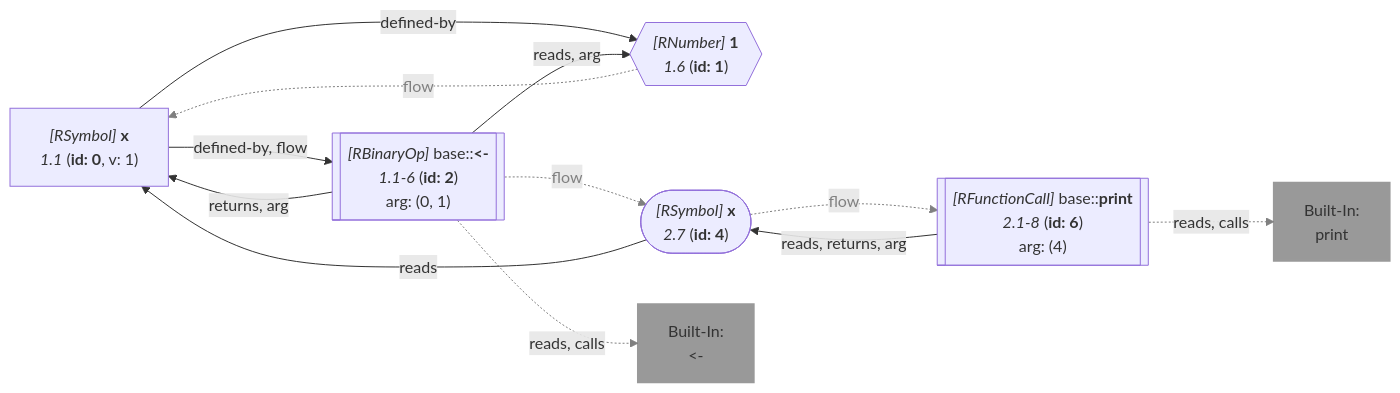
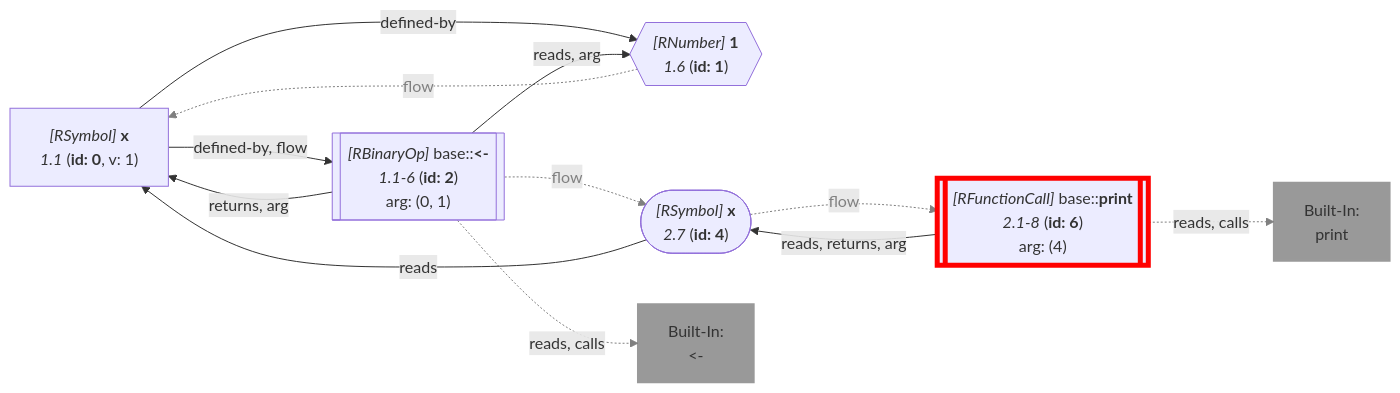
Before and after one commit to flowr-analysis/flowr: diagram 12 of 60 in wiki/Dataflow Graph.md, drawn with Mermaid. The commit also changed other lines of this file and 328 other files, not shown here.

````diff
--- a/wiki/Dataflow Graph.md
+++ b/wiki/Dataflow Graph.md
@@ -719,37 +719,38 @@
 ```mermaid
 flowchart LR
     1{{"`*#91;RNumber#93;* **1**
       *1.6* (**id: 1**)`"}}
     0["`*#91;RSymbol#93;* **x**
       *1.1* (**id: 0**, v: 1)`"]
     2[["`*#91;RBinaryOp#93;* base#58;#58;**#60;#45;**
       *1.1-6* (**id: 2**)
     arg: (0, 1)`"]]
     built-in:_60_-["`Built-In:
 #60;#45;`"]
     style built-in:_60_- stroke:gray,fill:gray,stroke-width:2px,opacity:.8;
     4(["`*#91;RSymbol#93;* **x**
       *2.7* (**id: 4**)`"])
     6[["`*#91;RFunctionCall#93;* base#58;#58;**print**
       *2.1-8* (**id: 6**)
     arg: (4)`"]]
+    style 6 stroke:red,stroke-width:5px; 
     built-in:print["`Built-In:
 print`"]
     style built-in:print stroke:gray,fill:gray,stroke-width:2px,opacity:.8;
     1 -.->|"flow"| 0
     linkStyle 0 stroke:gray,color:gray;
     0 -->|"defined-by, flow"| 2
     0 -->|"defined-by"| 1
     2 -->|"reads, arg"| 1
     2 -->|"returns, arg"| 0
     2 -.->|"reads, calls"| built-in:_60_-
     linkStyle 5 stroke:gray;
     2 -.->|"flow"| 4
     linkStyle 6 stroke:gray,color:gray;
     4 -->|"reads"| 0
     4 -.->|"flow"| 6
     linkStyle 8 stroke:gray,color:gray;
     6 -->|"reads, returns, arg"| 4
     6 -.->|"reads, calls"| built-in:print
     linkStyle 10 stroke:gray;
 ```
````
